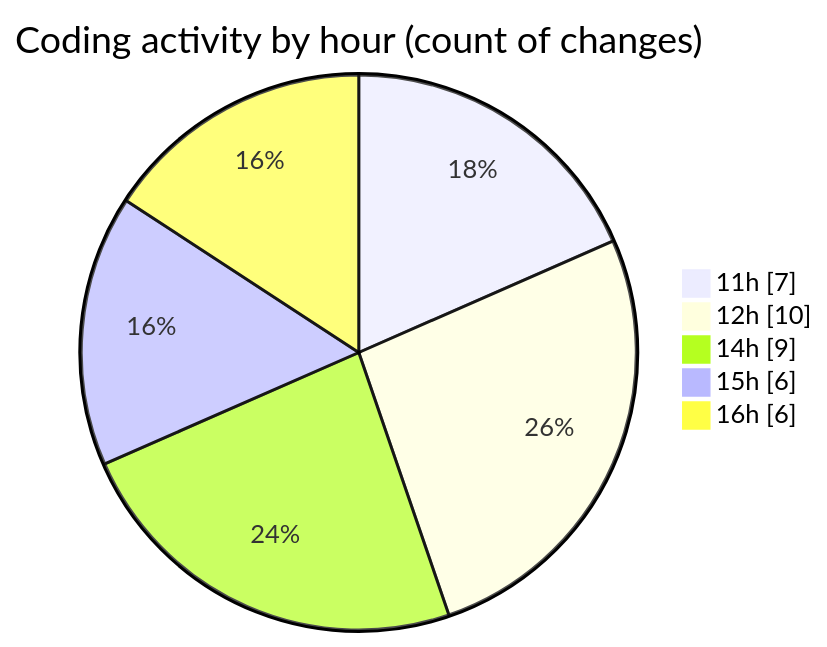
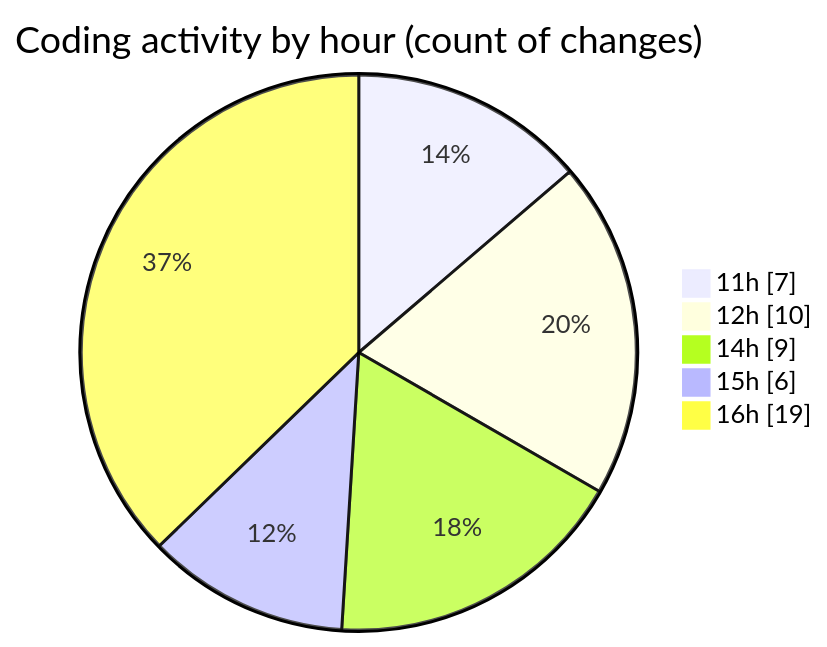
Before and after one commit to ricardozamudiocil/code-tracking: the second of 2 diagrams in 2026-04-09/cilapp/README.md, drawn with Mermaid. The commit also changed other lines of this file and 1 other file, not shown here.

````diff
--- a/2026-04-09/cilapp/README.md
+++ b/2026-04-09/cilapp/README.md
@@ -35,9 +35,9 @@
 ```mermaid
 pie showData
 title Coding activity by hour (count of changes)
 "11h" : 7
 "12h" : 10
 "14h" : 9
 "15h" : 6
-"16h" : 6
+"16h" : 19
 ```
````
